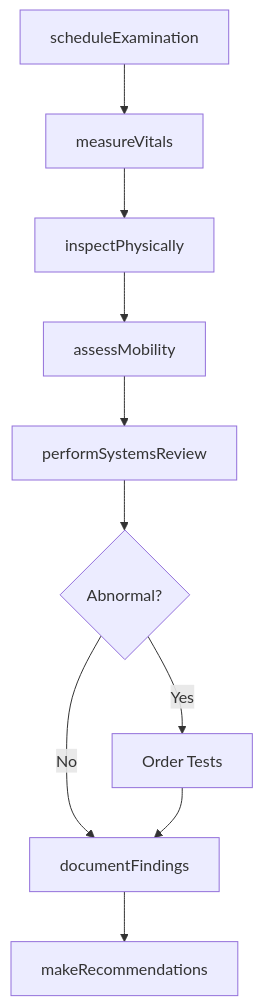
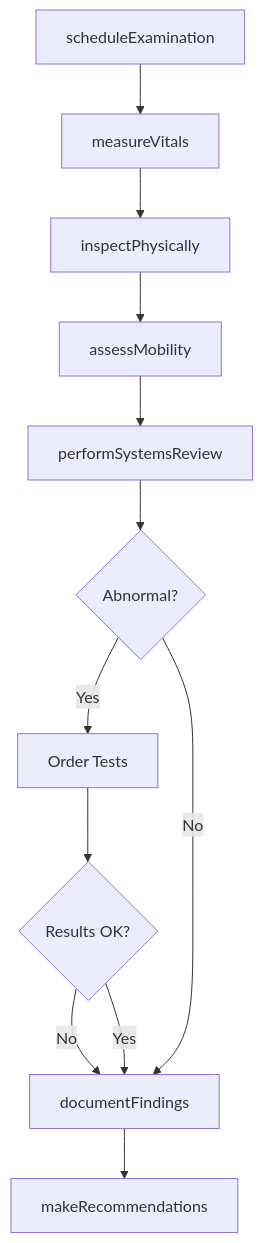
One commit to dot-org-ai/tasks.org.ai changed the third of 4 diagrams in InspectingEquipmentStructuresOrMaterials/ExaminePeopleOrAnimalsToAssessHealthConditionsOrPhysicalCharacteristics/CheckPhysicalConditionPeopleAnimals.mdx. Above: the diagram before and after it, drawn with Mermaid. The commit also changed other lines of this file and 504 other files, not shown here.

First line of the commit message:
feat: Add ER diagrams, state diagrams, and workflow improvements to 96 DWA task files

````diff
--- a/InspectingEquipmentStructuresOrMaterials/ExaminePeopleOrAnimalsToAssessHealthConditionsOrPhysicalCharacteristics/CheckPhysicalConditionPeopleAnimals.mdx
+++ b/InspectingEquipmentStructuresOrMaterials/ExaminePeopleOrAnimalsToAssessHealthConditionsOrPhysicalCharacteristics/CheckPhysicalConditionPeopleAnimals.mdx
@@ -87,12 +117,14 @@
 ```mermaid
 graph TD
     A[scheduleExamination] --> B[measureVitals]
     B --> C[inspectPhysically]
     C --> D[assessMobility]
     D --> E[performSystemsReview]
     E --> F{Abnormal?}
     F -->|Yes| G[Order Tests]
-    F -->|No| H[documentFindings]
-    G --> H
-    H --> I[makeRecommendations]
+    G --> H{Results OK?}
+    H -->|No| I[documentFindings]
+    H -->|Yes| I
+    F -->|No| I
+    I --> J[makeRecommendations]
 ```
````
